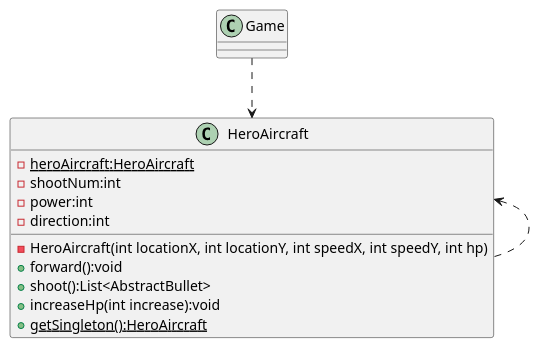
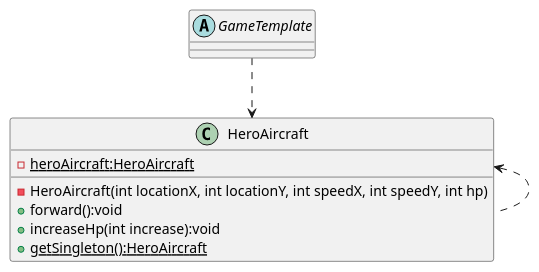
The diagram in uml/HeroAircraftSingleton.puml (Straho-Chen/AircraftWar-base), drawn with PlantUML before and after one commit. The commit also changed 35 other files, not shown here.

```diff
--- a/uml/HeroAircraftSingleton.puml
+++ b/uml/HeroAircraftSingleton.puml
@@ -1,22 +1,18 @@
 @startuml
 'https://plantuml.com/class-diagram
 
 class HeroAircraft {
     - {static} heroAircraft:HeroAircraft
-    - shootNum:int
-    - power:int
-    - direction:int
     - HeroAircraft(int locationX, int locationY, int speedX, int speedY, int hp)
     + forward():void
-    + shoot():List<AbstractBullet>
     + increaseHp(int increase):void
     + {static} getSingleton():HeroAircraft
 }
 
-class Game {
+abstract class GameTemplate {
 }
 
-Game ..> HeroAircraft
+GameTemplate ..> HeroAircraft
 HeroAircraft <.. HeroAircraft
 
 @enduml
```
